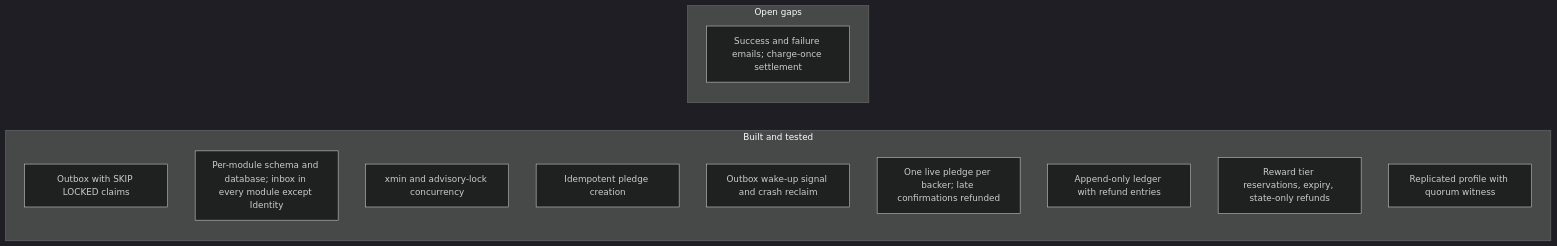
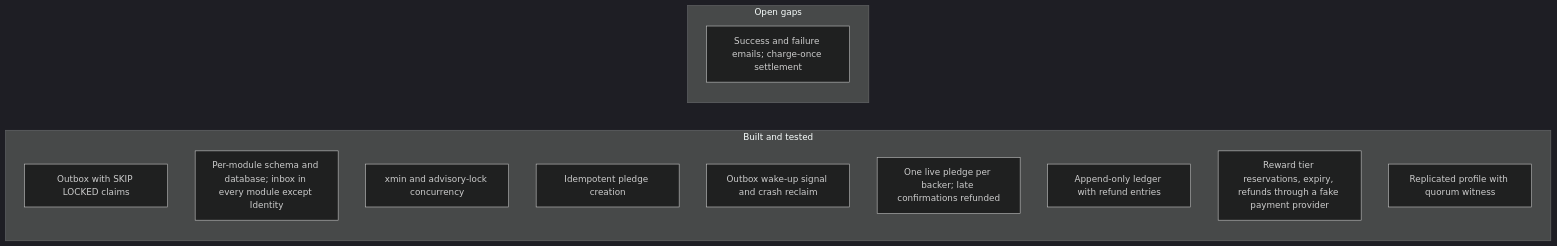
The fourth of 6 diagrams in README.md (maysamgamini/crowdfundinghub), drawn with Mermaid (dark theme) before and after one commit. The commit also changed other lines of this file and 23 other files, not shown here.

First line of the commit message:
feat(contributions): refund through a payment provider, with an idempotency key per attempt

````diff
--- a/README.md
+++ b/README.md
@@ -146,17 +146,17 @@
 ```mermaid
 flowchart LR
     subgraph Built["Built and tested"]
         B1["Outbox with SKIP LOCKED claims"]
         B2["Per-module schema and database; inbox in every module except Identity"]
         B3["xmin and advisory-lock concurrency"]
         B6["Idempotent pledge creation"]
         B7["Outbox wake-up signal and crash reclaim"]
         B8["One live pledge per backer; late confirmations refunded"]
         B9["Append-only ledger with refund entries"]
-        B4["Reward tier reservations, expiry, state-only refunds"]
+        B4["Reward tier reservations, expiry, refunds through a fake payment provider"]
         B5["Replicated profile with quorum witness"]
     end
     subgraph Open["Open gaps"]
         O5["Success and failure emails; charge-once settlement"]
     end
 ```
````
